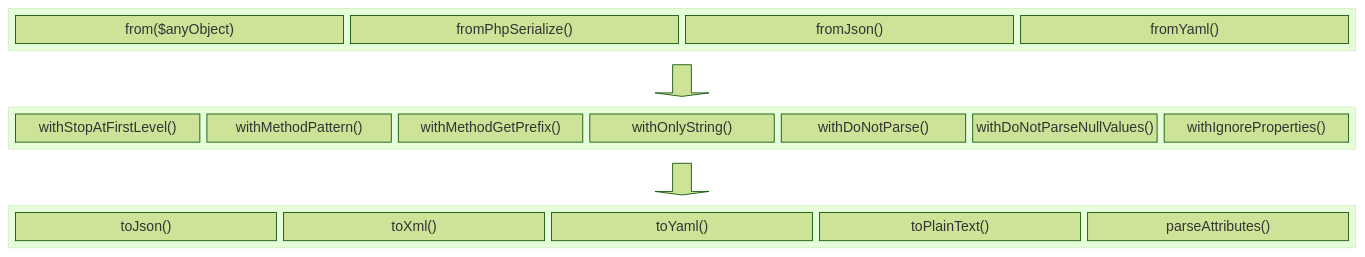
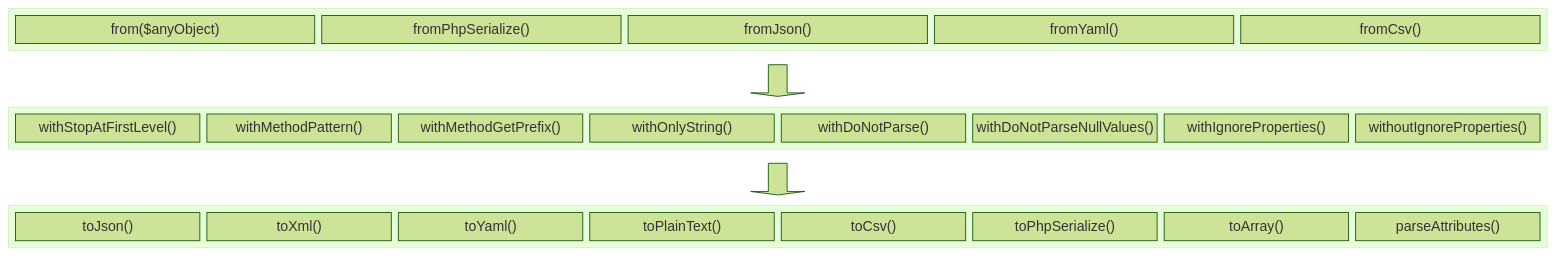
The diagram in docs/php/serializer/serialize.md (byjg/byjg.github.io), drawn with Mermaid (forest theme) before and after one commit. The commit also changed other lines of this file and 13 other files, not shown here.

````diff
--- a/docs/php/serializer/serialize.md
+++ b/docs/php/serializer/serialize.md
@@ -13,32 +13,37 @@
 ```mermaid
 block-beta
 columns 1
     block:ID
         f1["from($anyObject)"]
         f2["fromPhpSerialize()"]
         f3["fromJson()"]
         f4["fromYaml()"]
+        f5["fromCsv()"]
     end
-    
+
     down<["&nbsp;&nbsp;&nbsp;"]>(down)
-    
+
     block:Transformers
         t1["withStopAtFirstLevel()"]
         t2["withMethodPattern()"]
         t3["withMethodGetPrefix()"]
         t4["withOnlyString()"]
         t5["withDoNotParse()"]
         t6["withDoNotParseNullValues()"]
         t7["withIgnoreProperties()"]
+        t8["withoutIgnoreProperties()"]
     end
 
     down2<["&nbsp;&nbsp;&nbsp;"]>(down)
 
     block:Output
         o1["toJson()"]
         o2["toXml()"]
         o3["toYaml()"]
         o4["toPlainText()"]
-        o5["parseAttributes()"]
+        o5["toCsv()"]
+        o6["toPhpSerialize()"]
+        o7["toArray()"]
+        o8["parseAttributes()"]
     end
 ```
````
